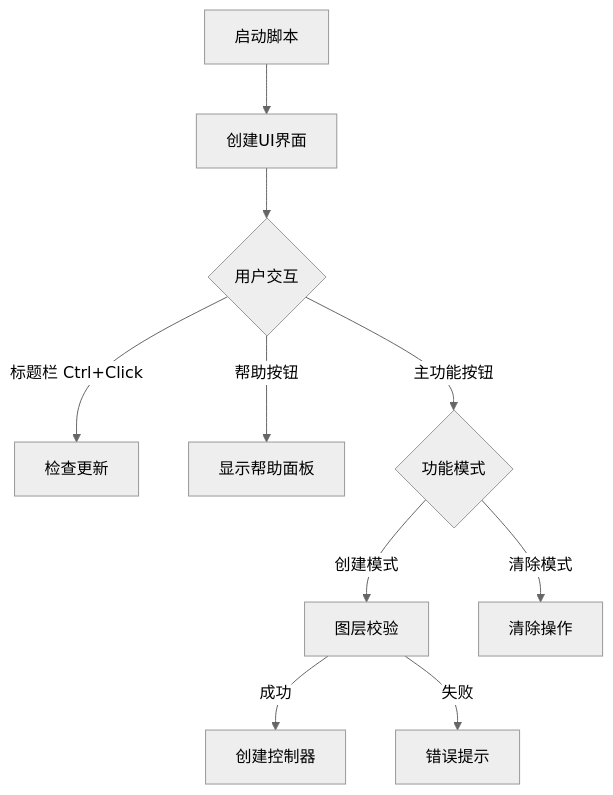
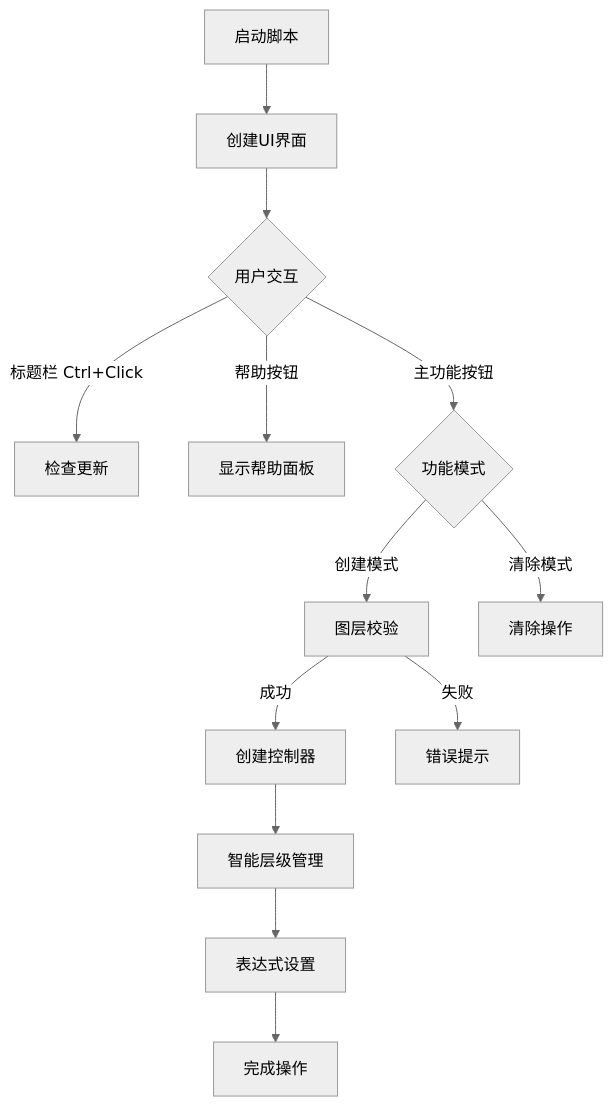
Before and after one commit to yancongya/Advanced-Null-Controller: the diagram in readme.md, drawn with Mermaid (neutral theme). The commit also changed other lines of this file and 29 other files, not shown here.

````diff
--- a/readme.md
+++ b/readme.md
@@ -79,12 +106,15 @@
 ```mermaid
 graph TD
     A[启动脚本] --> B[创建UI界面]
     B --> C{用户交互}
     C -->|标题栏 Ctrl+Click| D[检查更新]
     C -->|帮助按钮| E[显示帮助面板]
     C -->|主功能按钮| F{功能模式}
     F -->|创建模式| G[图层校验]
     G -->|成功| H[创建控制器]
     G -->|失败| I[错误提示]
     F -->|清除模式| J[清除操作]
+    H --> K[智能层级管理]
+    K --> L[表达式设置]
+    L --> M[完成操作]
 ```
````
